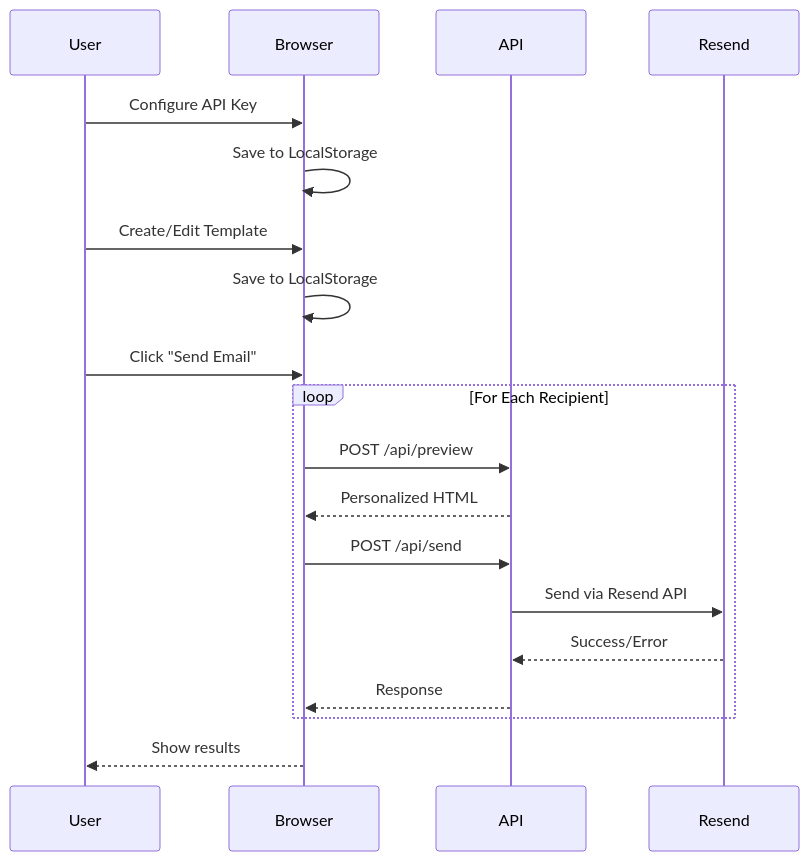
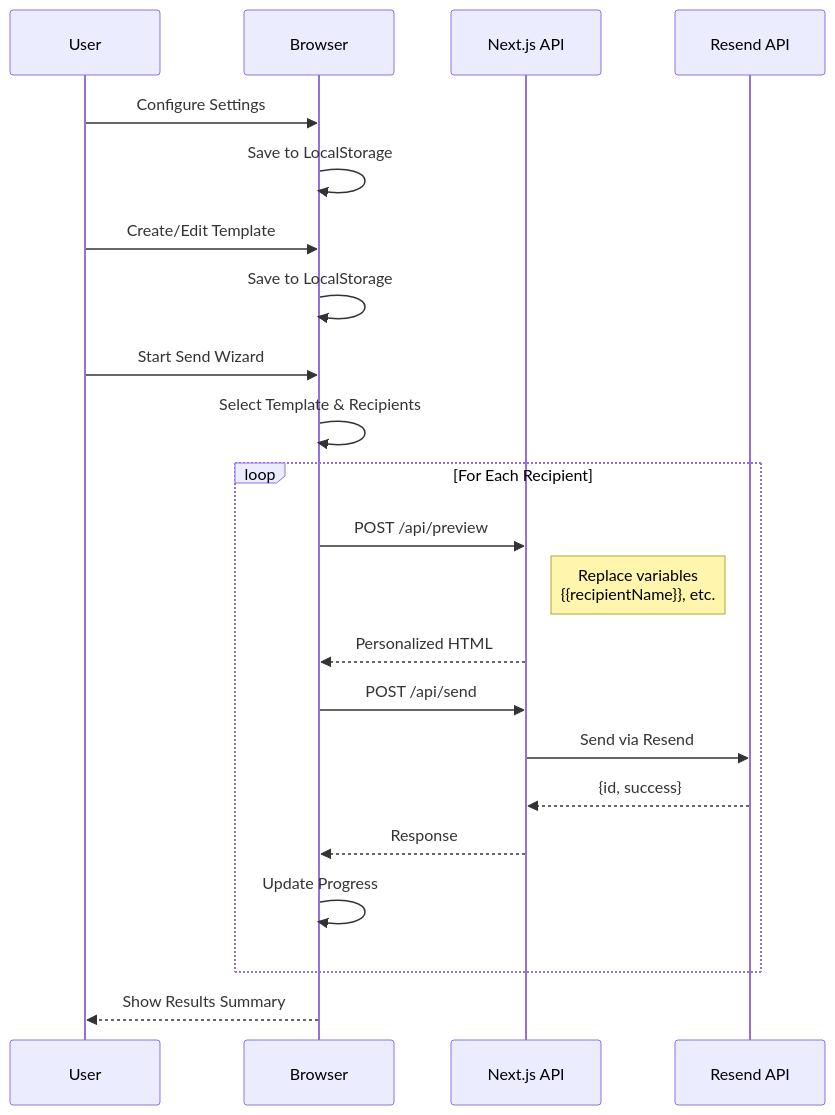
One commit to ChanMeng666/send-joy changed the sixth of 10 diagrams in README.md. Above: the diagram before and after it, drawn with Mermaid. The commit also changed other lines of this file and 1 other file, not shown here.

````diff
--- a/README.md
+++ b/README.md
@@ -114,24 +221,31 @@
 ```mermaid
 sequenceDiagram
     participant User
     participant Browser
-    participant API
-    participant Resend
+    participant API as Next.js API
+    participant Resend as Resend API
 
-    User->>Browser: Configure API Key
+    User->>Browser: Configure Settings
     Browser->>Browser: Save to LocalStorage
 
     User->>Browser: Create/Edit Template
     Browser->>Browser: Save to LocalStorage
 
-    User->>Browser: Click "Send Email"
+    User->>Browser: Start Send Wizard
+    Browser->>Browser: Select Template & Recipients
+
     loop For Each Recipient
         Browser->>API: POST /api/preview
+        Note right of API: Replace variables<br/>{{recipientName}}, etc.
         API-->>Browser: Personalized HTML
+
         Browser->>API: POST /api/send
-        API->>Resend: Send via Resend API
-        Resend-->>API: Success/Error
+        API->>Resend: Send via Resend
+        Resend-->>API: {id, success}
         API-->>Browser: Response
+
+        Browser->>Browser: Update Progress
     end
-    Browser-->>User: Show results
+
+    Browser-->>User: Show Results Summary
 ```
````
